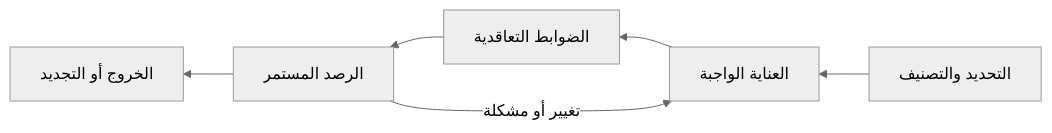
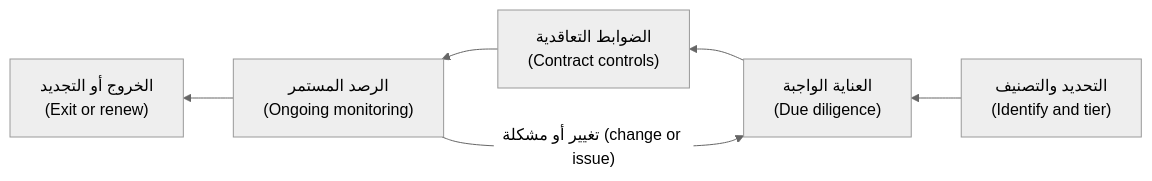
One commit to Tamoura/system-design-for-vibe-coders changed the second of 2 diagrams in aigp/modules/03-policies.ar.md. Above: the diagram before and after it, drawn with Mermaid (neutral theme). The commit also changed other lines of this file and 62 other files, not shown here.

First line of the commit message:
Arabic editions: English on every diagram label, RTL fixes, rebuild

````diff
--- a/aigp/modules/03-policies.ar.md
+++ b/aigp/modules/03-policies.ar.md
@@ -506,8 +506,8 @@
 ```mermaid
 flowchart RL
-    I[التحديد والتصنيف] --> DD[العناية الواجبة]
-    DD --> C[الضوابط التعاقدية]
-    C --> M[الرصد المستمر]
-    M -->|تغيير أو مشكلة| DD
-    M --> X[الخروج أو التجديد]
+    I["التحديد والتصنيف<br/>(Identify and tier)"] --> DD["العناية الواجبة<br/>(Due diligence)"]
+    DD --> C["الضوابط التعاقدية<br/>(Contract controls)"]
+    C --> M["الرصد المستمر<br/>(Ongoing monitoring)"]
+    M -->|"تغيير أو مشكلة (change or issue)"| DD
+    M --> X["الخروج أو التجديد<br/>(Exit or renew)"]
 ```
````
